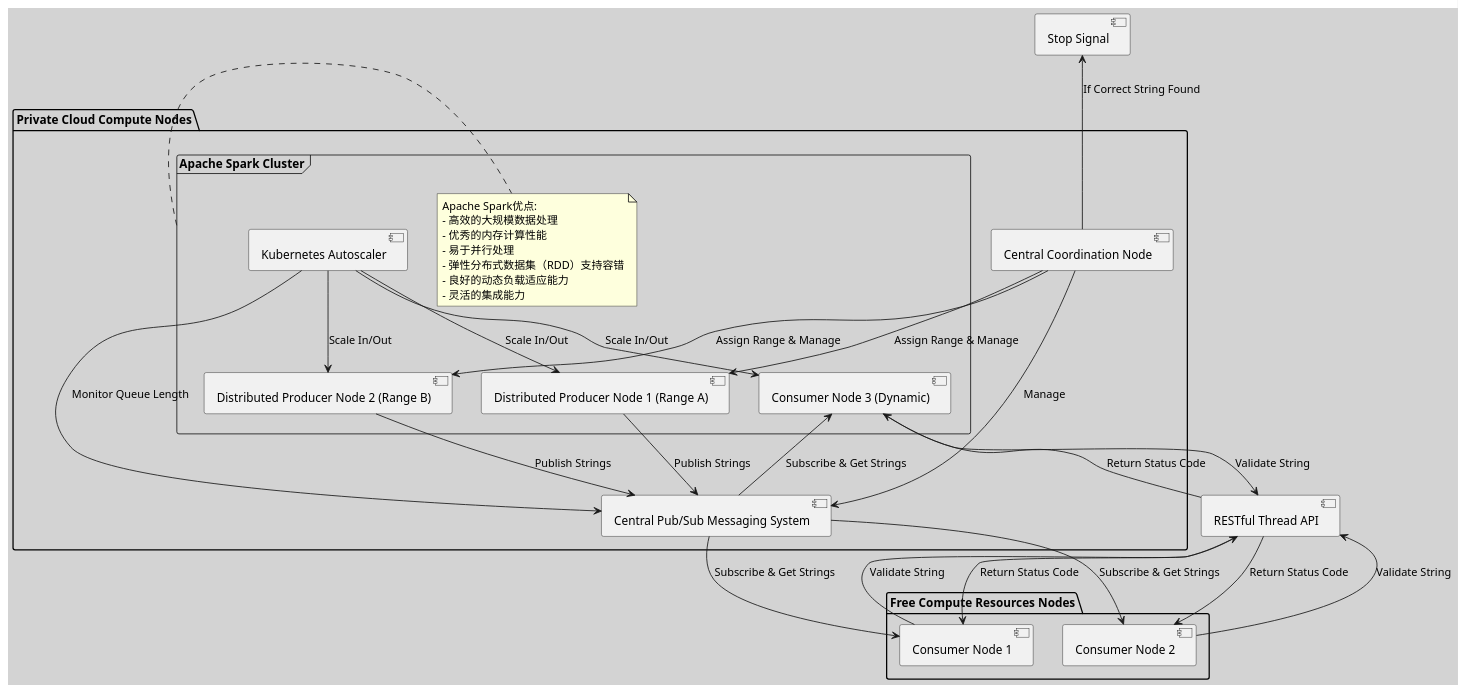
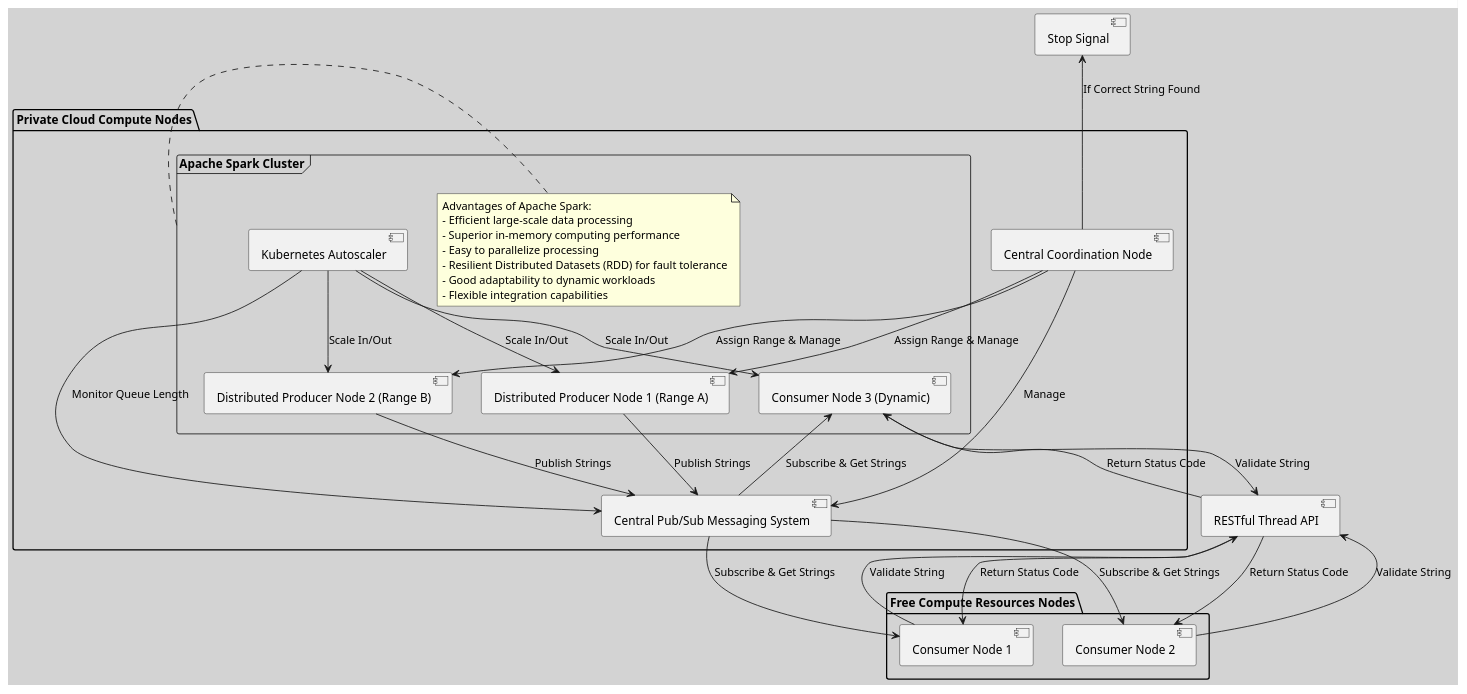
Before and after one commit to huangyingw/system_design: the diagram in interview_questions/distributed_string_guesser_architecture.puml, drawn with PlantUML.

```diff
--- a/interview_questions/distributed_string_guesser_architecture.puml
+++ b/interview_questions/distributed_string_guesser_architecture.puml
@@ -1,57 +1,57 @@
 @startuml
 skinparam backgroundColor #D3D3D3
 
 package "Private Cloud Compute Nodes" {
     [Central Coordination Node] as Coordinator
     frame "Apache Spark Cluster" {
         note right of "Apache Spark Cluster"
-          Apache Spark优点:
-          - 高效的大规模数据处理
-          - 优秀的内存计算性能
-          - 易于并行处理
-          - 弹性分布式数据集（RDD）支持容错
-          - 良好的动态负载适应能力
-          - 灵活的集成能力
+          Advantages of Apache Spark:
+          - Efficient large-scale data processing
+          - Superior in-memory computing performance
+          - Easy to parallelize processing
+          - Resilient Distributed Datasets (RDD) for fault tolerance
+          - Good adaptability to dynamic workloads
+          - Flexible integration capabilities
         end note
         [Distributed Producer Node 1 (Range A)] as DistProducer1
         [Distributed Producer Node 2 (Range B)] as DistProducer2
         [Kubernetes Autoscaler] as Autoscaler
         [Consumer Node 3 (Dynamic)] as DynamicConsumer3
     }
     [Central Pub/Sub Messaging System] as PubSub
 }
 
 package "Free Compute Resources Nodes" {
     [Consumer Node 1] as FreeConsumer1
     [Consumer Node 2] as FreeConsumer2
 }
     
 [RESTful Thread API] as API
 
 Autoscaler --> PubSub : Monitor Queue Length
 Autoscaler --> DistProducer1 : Scale In/Out
 Autoscaler --> DistProducer2 : Scale In/Out
 Autoscaler --> DynamicConsumer3 : Scale In/Out
 
 Coordinator --> DistProducer1 : Assign Range & Manage
 Coordinator --> DistProducer2 : Assign Range & Manage
 Coordinator --> PubSub : Manage
     
 DistProducer1 --> PubSub : Publish Strings
 DistProducer2 --> PubSub : Publish Strings
 
 PubSub --> FreeConsumer1 : Subscribe & Get Strings
 PubSub --> FreeConsumer2 : Subscribe & Get Strings
 PubSub --> DynamicConsumer3 : Subscribe & Get Strings
 
 FreeConsumer1 --> API : Validate String
 FreeConsumer2 --> API : Validate String
 DynamicConsumer3 --> API : Validate String
 
 API --> FreeConsumer1 : Return Status Code
 API --> FreeConsumer2 : Return Status Code
 API --> DynamicConsumer3 : Return Status Code
 
 Coordinator -up-> [Stop Signal] : If Correct String Found
 
 @enduml
```
